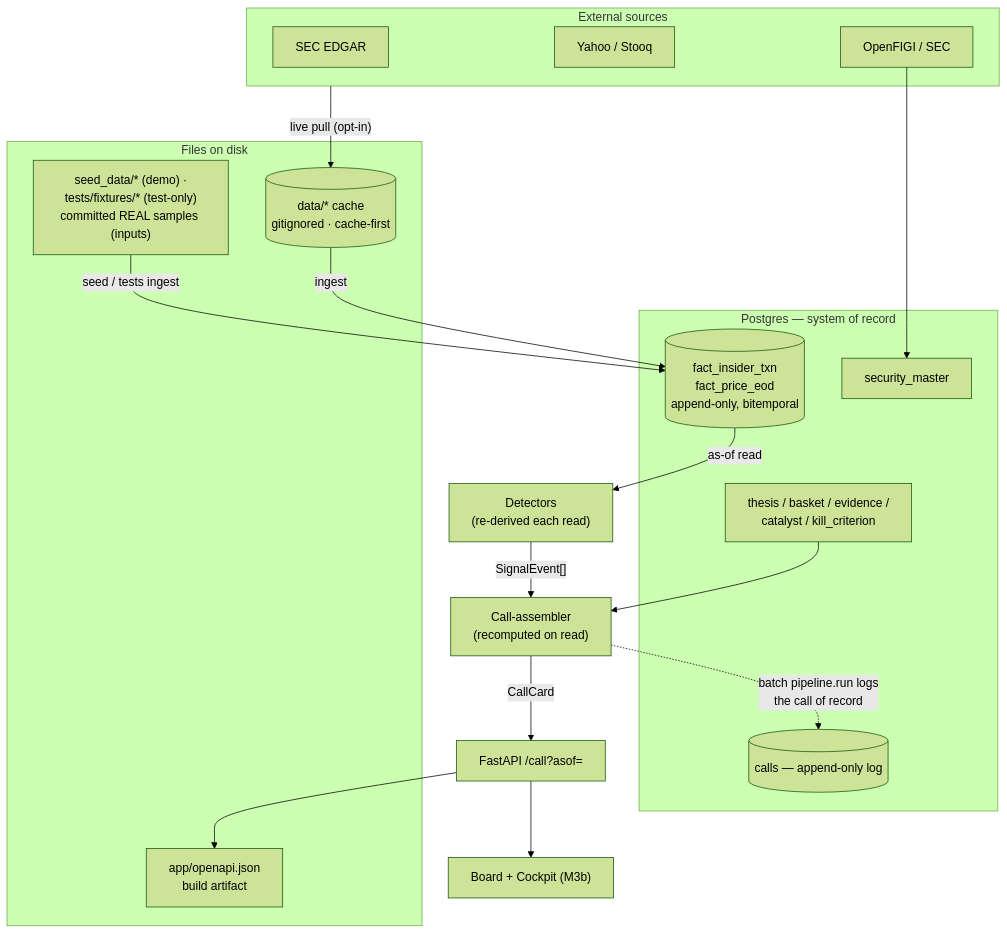
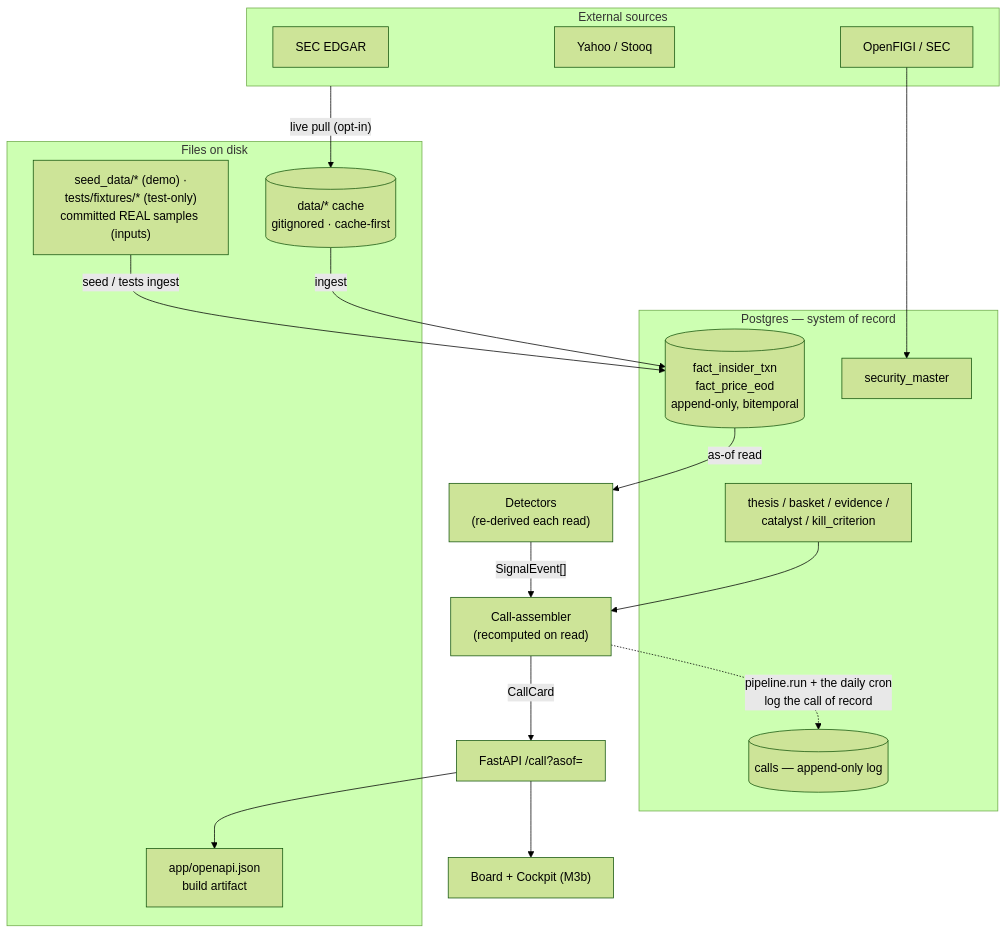
Before and after one commit to oakwoodgates/alphadeck: the diagram in docs/DATA_FLOW.md, drawn with Mermaid (forest theme). The commit also changed other lines of this file and 4 other files, not shown here.

````diff
--- a/docs/DATA_FLOW.md
+++ b/docs/DATA_FLOW.md
@@ -54,28 +54,28 @@
 ```mermaid
 flowchart TD
     subgraph SRC["External sources"]
       EDGAR["SEC EDGAR"]; YH["Yahoo / Stooq"]; FIGI["OpenFIGI / SEC"]
     end
     subgraph DISK["Files on disk"]
       FIX["seed_data/* (demo) ·<br/>tests/fixtures/* (test-only)<br/>committed REAL samples (inputs)"]
       CACHE[("data/*  cache<br/>gitignored · cache-first")]
       OAPI["app/openapi.json<br/>build artifact"]
     end
     subgraph DB["Postgres — system of record"]
       SM["security_master"]
       FACTS[("fact_insider_txn<br/>fact_price_eod<br/>append-only, bitemporal")]
       SPINE["thesis / basket / evidence /<br/>catalyst / kill_criterion"]
       CALLS[("calls — append-only log")]
     end
     SRC -->|"live pull (opt-in)"| CACHE
     CACHE -->|ingest| FACTS
     FIX -->|"seed / tests ingest"| FACTS
     FIGI --> SM
     FACTS -->|"as-of read"| DET["Detectors<br/>(re-derived each read)"]
     SPINE --> ASM
     DET -->|"SignalEvent[]"| ASM["Call-assembler<br/>(recomputed on read)"]
     ASM -->|CallCard| API["FastAPI /call?asof="]
-    ASM -.->|"batch pipeline.run logs<br/>the call of record"| CALLS
+    ASM -.->|"pipeline.run + the daily cron<br/>log the call of record"| CALLS
     API --> UI["Board + Cockpit (M3b)"]
     API --> OAPI
 ```
````
